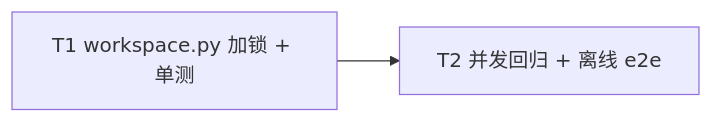
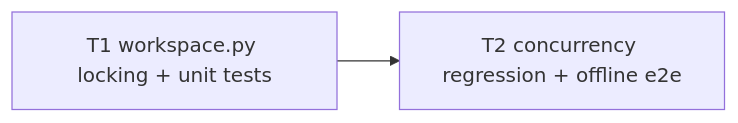
One commit to Curry09/OpenAgents changed the diagram in docs/specs/0068-parallel-worktree-git-lock.md. Above: the diagram before and after it, drawn with Mermaid. The commit also changed other lines of this file and 461 other files, not shown here.

````diff
--- a/docs/specs/0068-parallel-worktree-git-lock.md
+++ b/docs/specs/0068-parallel-worktree-git-lock.md
@@ -158,4 +147,4 @@
 ```mermaid
 graph LR
-  T1[T1 workspace.py 加锁 + 单测] --> T2[T2 并发回归 + 离线 e2e]
+  T1[T1 workspace.py locking + unit tests] --> T2[T2 concurrency regression + offline e2e]
 ```
````
